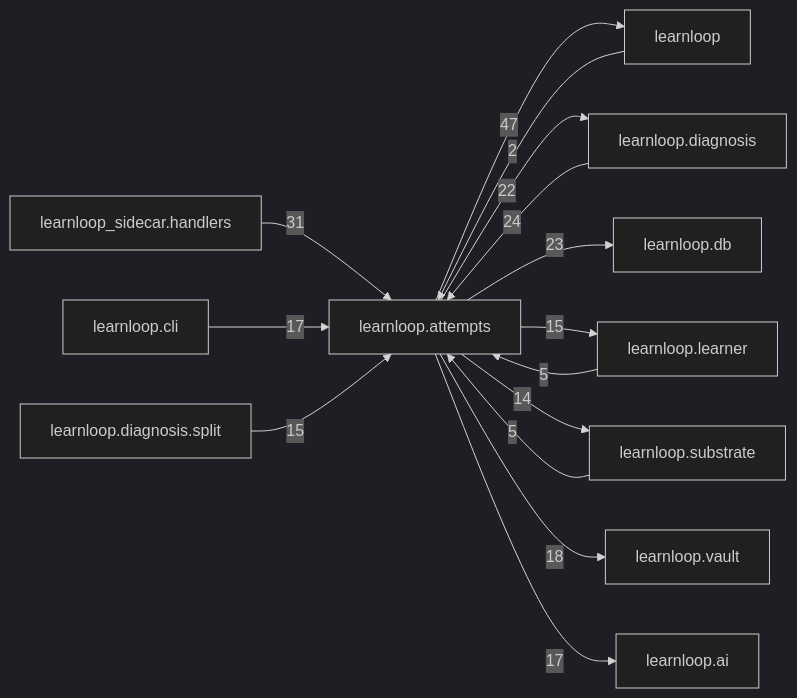
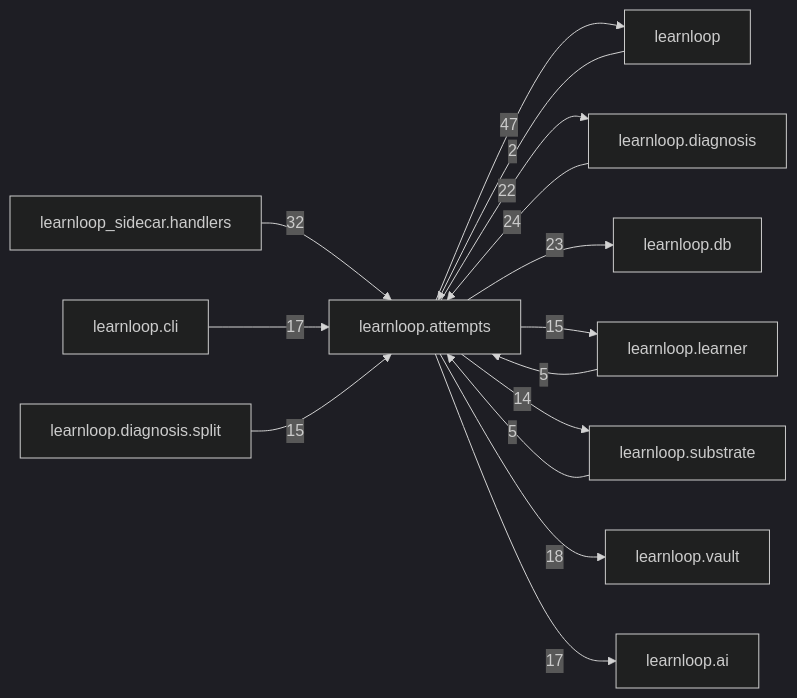
The diagram in docs/learnloop-architecture-vault/Reference/Modules/learnloop/attempts/_package.md (6up-b/learnanything), drawn with Mermaid (dark theme) before and after one commit. The commit also changed other lines of this file and 62 other files, not shown here.

````diff
--- a/docs/learnloop-architecture-vault/Reference/Modules/learnloop/attempts/_package.md
+++ b/docs/learnloop-architecture-vault/Reference/Modules/learnloop/attempts/_package.md
@@ -177,28 +178,28 @@
 ```mermaid
 flowchart LR
     center["learnloop.attempts"]
     n_learnloop["learnloop"]
     n_learnloop_diagnosis["learnloop.diagnosis"]
     n_learnloop_sidecar_handlers["learnloop_sidecar.handlers"]
     n_learnloop_db["learnloop.db"]
     n_learnloop_learner["learnloop.learner"]
     n_learnloop_substrate["learnloop.substrate"]
     n_learnloop_vault["learnloop.vault"]
     n_learnloop_ai["learnloop.ai"]
     n_learnloop_cli["learnloop.cli"]
     n_learnloop_diagnosis_split["learnloop.diagnosis.split"]
     n_learnloop -->|2| center
     center -->|47| n_learnloop
     n_learnloop_diagnosis -->|24| center
     center -->|22| n_learnloop_diagnosis
-    n_learnloop_sidecar_handlers -->|31| center
+    n_learnloop_sidecar_handlers -->|32| center
     center -->|23| n_learnloop_db
     n_learnloop_learner -->|5| center
     center -->|15| n_learnloop_learner
     n_learnloop_substrate -->|5| center
     center -->|14| n_learnloop_substrate
     center -->|18| n_learnloop_vault
     center -->|17| n_learnloop_ai
     n_learnloop_cli -->|17| center
     n_learnloop_diagnosis_split -->|15| center
 ```
````
